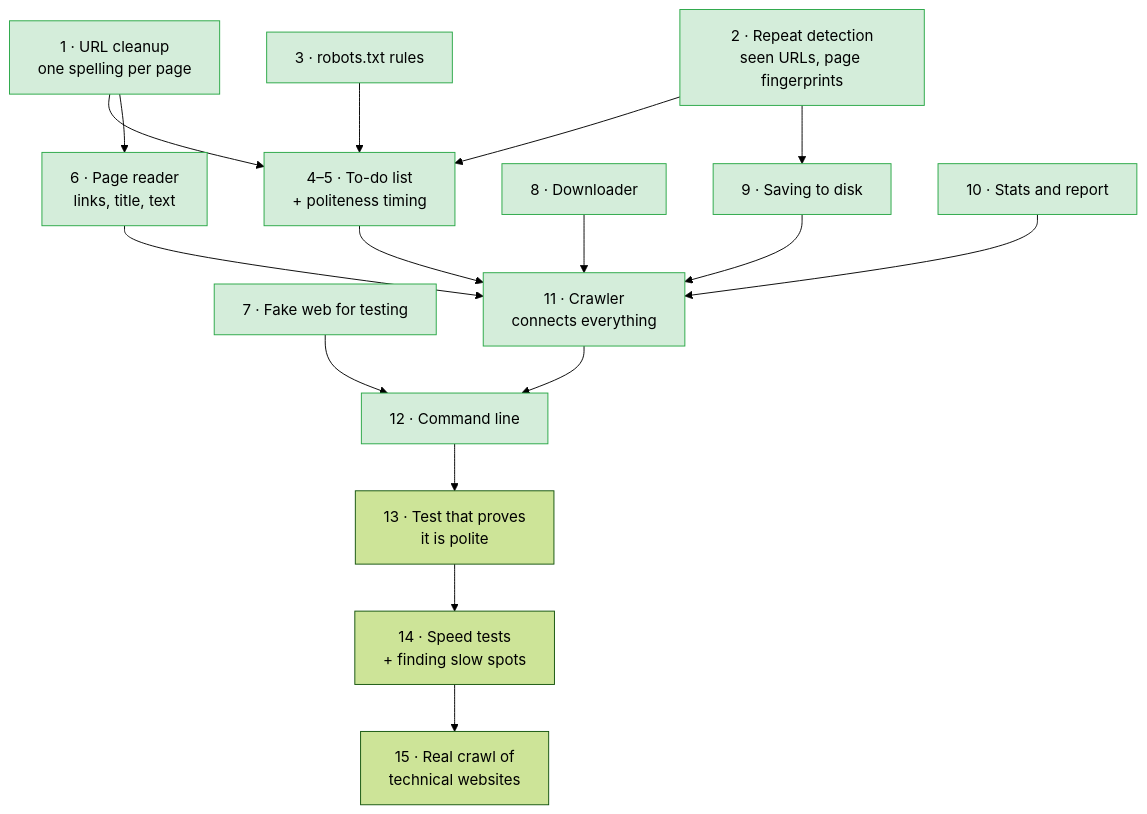
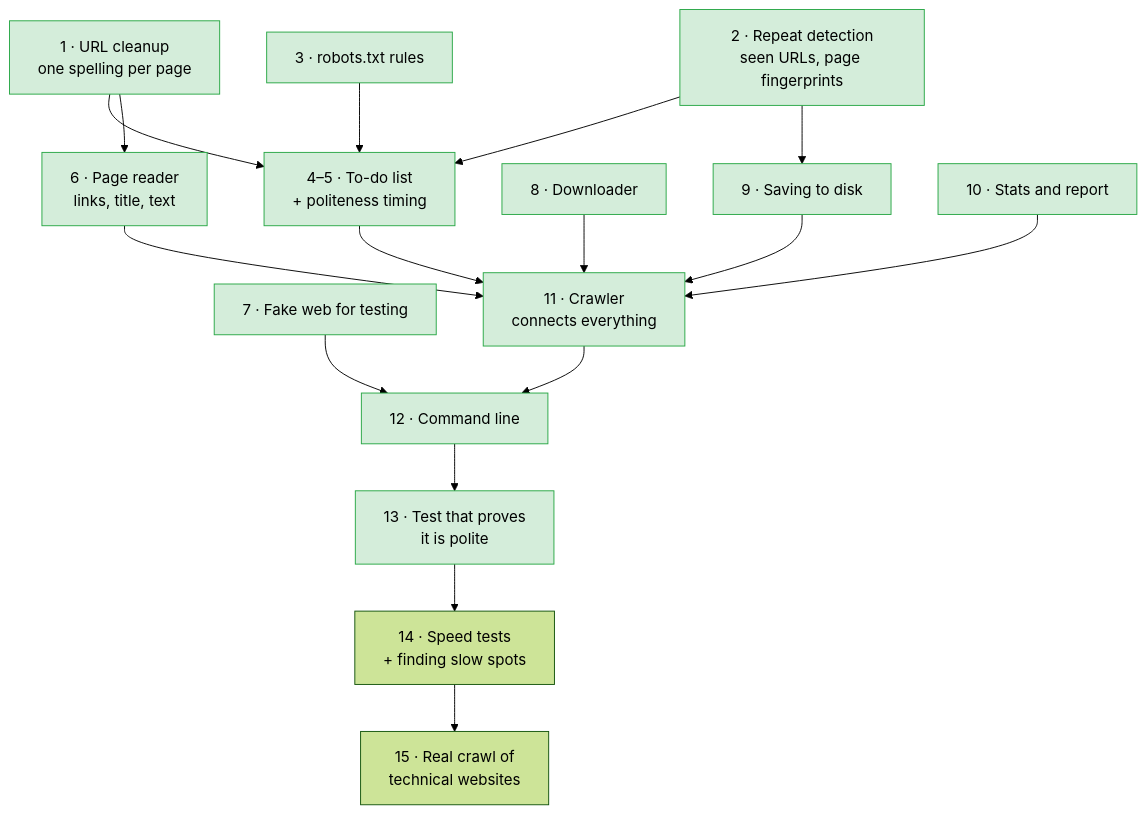
Before and after one commit to Armaan-king/McCrawl: the fourth of 4 diagrams in README.md, drawn with Mermaid (forest theme). The commit also changed other lines of this file and 7 other files, not shown here.

First line of the commit message:
test: politeness proof and warcio validation

````diff
--- a/README.md
+++ b/README.md
@@ -118,33 +118,33 @@
 ```mermaid
 flowchart TD
     urlnorm["1 · URL cleanup<br/>one spelling per page"]:::done
     dedup["2 · Repeat detection<br/>seen URLs, page fingerprints"]:::done
     robots["3 · robots.txt rules"]:::done
     frontier["4–5 · To-do list<br/>+ politeness timing"]:::done
     parse["6 · Page reader<br/>links, title, text"]:::done
     mockweb["7 · Fake web for testing"]:::done
     fetch["8 · Downloader"]:::done
     store["9 · Saving to disk"]:::done
     metrics["10 · Stats and report"]:::done
     crawler["11 · Crawler<br/>connects everything"]:::done
     cli["12 · Command line"]:::done
-    proof["13 · Test that proves<br/>it is polite"]
+    proof["13 · Test that proves<br/>it is polite"]:::done
     bench["14 · Speed tests<br/>+ finding slow spots"]
     real["15 · Real crawl of<br/>technical websites"]
 
     urlnorm --> frontier
     dedup --> frontier
     robots --> frontier
     urlnorm --> parse
     dedup --> store
     frontier --> crawler
     parse --> crawler
     fetch --> crawler
     store --> crawler
     metrics --> crawler
     crawler --> cli
     mockweb --> cli
     cli --> proof --> bench --> real
 
     classDef done fill:#d4edda,stroke:#28a745,color:#000
 ```
````
